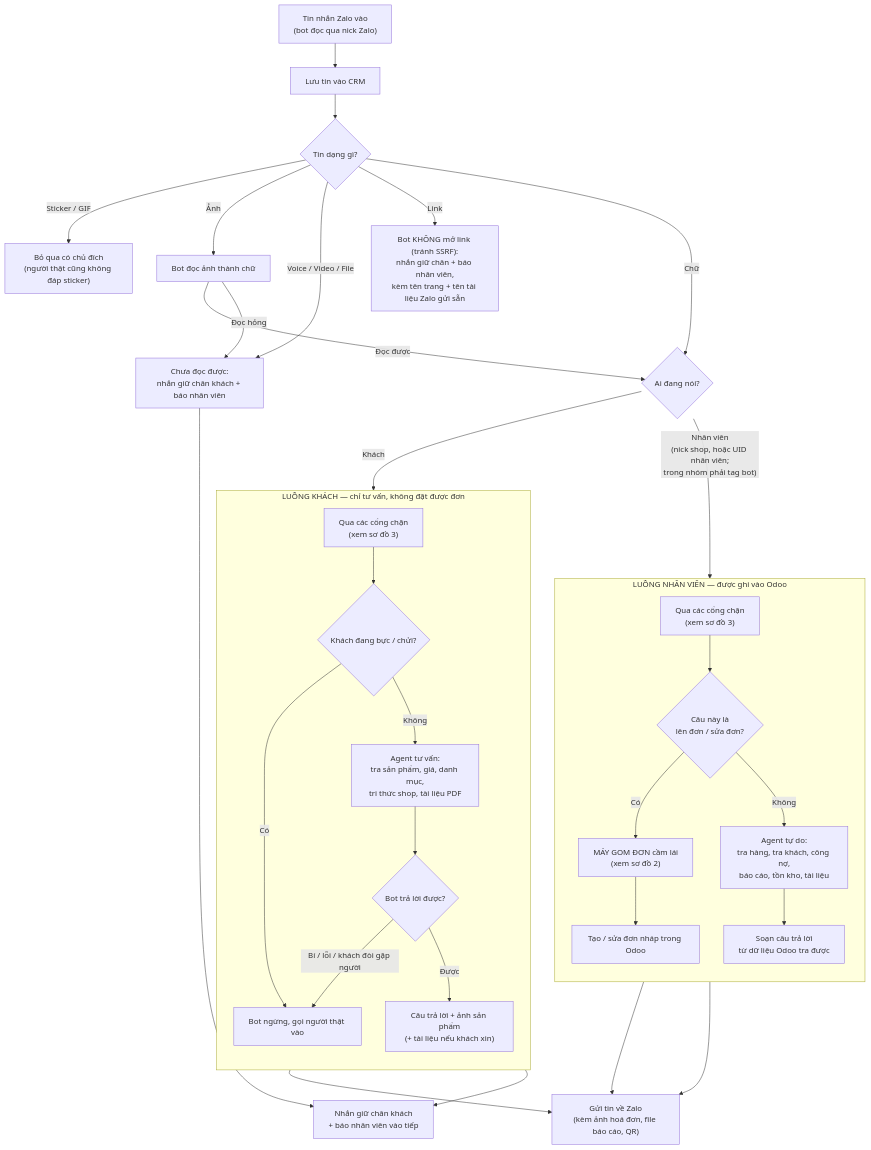
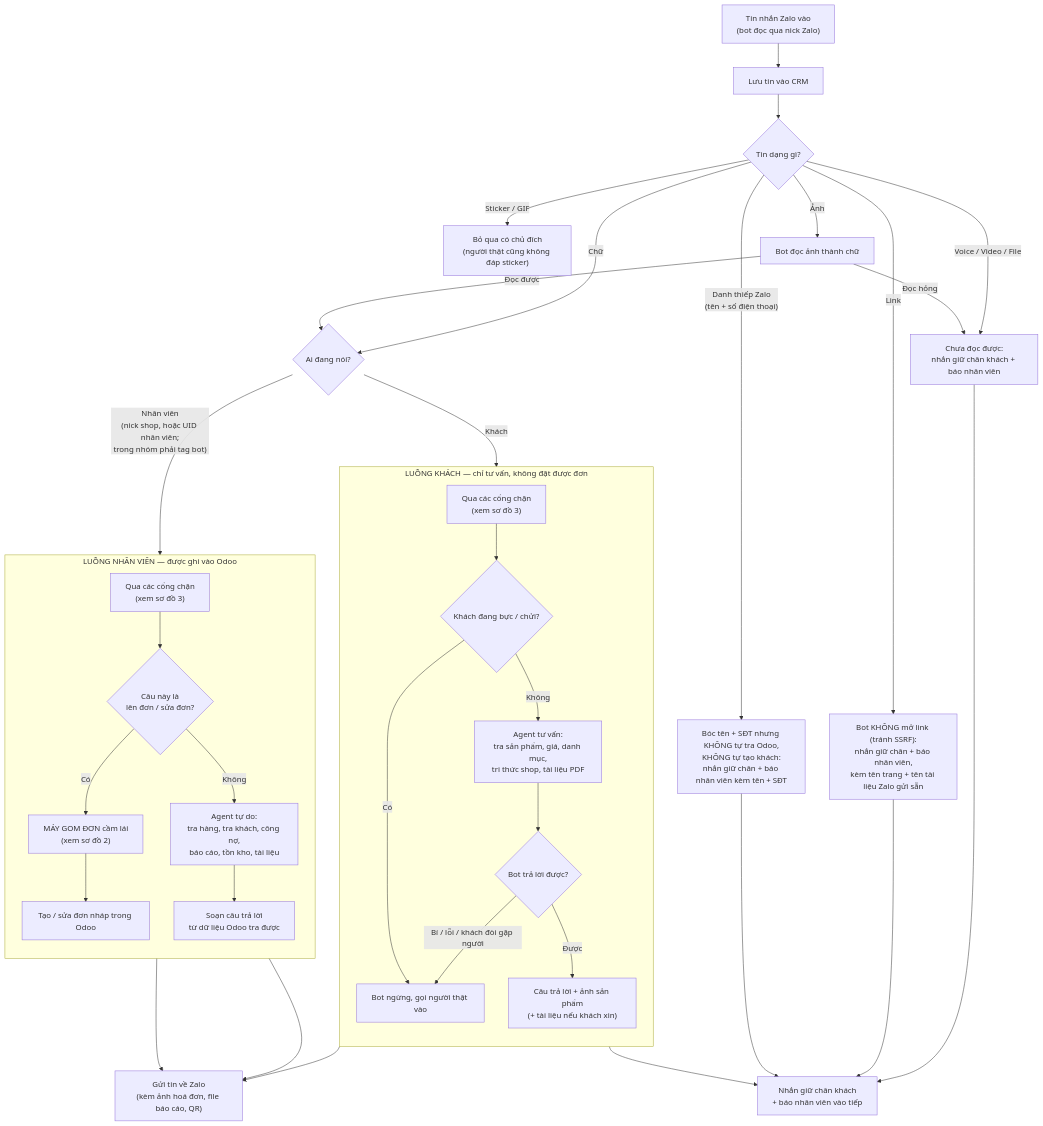
Before and after one commit to Quocker22/ZaloCRM: the first of 7 diagrams in backend/docs/SO-DO-LUONG.md, drawn with Mermaid. The commit also changed other lines of this file and 2 other files, not shown here.

First line of the commit message:
fix(media): bot doc duoc danh thiep Zalo, khong con im lang

````diff
--- a/backend/docs/SO-DO-LUONG.md
+++ b/backend/docs/SO-DO-LUONG.md
@@ -44,45 +44,48 @@
 ```mermaid
 flowchart TD
     A["Tin nhắn Zalo vào<br/>(bot đọc qua nick Zalo)"] --> B["Lưu tin vào CRM"]
     B --> C{"Tin dạng gì?"}
 
     C -->|"Sticker / GIF"| D["Bỏ qua có chủ đích<br/>(người thật cũng không đáp sticker)"]
     C -->|"Ảnh"| E["Bot đọc ảnh thành chữ"]
     C -->|"Voice / Video / File"| F["Chưa đọc được:<br/>nhắn giữ chân khách + báo nhân viên"]
     C -->|"Link"| L["Bot KHÔNG mở link (tránh SSRF):<br/>nhắn giữ chân + báo nhân viên,<br/>kèm tên trang + tên tài liệu Zalo gửi sẵn"]
+    C -->|"Danh thiếp Zalo<br/>(tên + số điện thoại)"| DT["Bóc tên + SĐT nhưng KHÔNG tự tra Odoo,<br/>KHÔNG tự tạo khách:<br/>nhắn giữ chân + báo nhân viên kèm tên + SĐT"]
     C -->|"Chữ"| G
 
     E -->|"Đọc được"| G{"Ai đang nói?"}
     E -->|"Đọc hỏng"| F
 
     G -->|"Nhân viên<br/>(nick shop, hoặc UID nhân viên;<br/>trong nhóm phải tag bot)"| NV1
     G -->|"Khách"| KH1
 
     subgraph NV ["LUỒNG NHÂN VIÊN — được ghi vào Odoo"]
         direction TB
         NV1["Qua các cổng chặn<br/>(xem sơ đồ 3)"] --> NV2{"Câu này là<br/>lên đơn / sửa đơn?"}
         NV2 -->|"Có"| NV3["MÁY GOM ĐƠN cầm lái<br/>(xem sơ đồ 2)"]
         NV2 -->|"Không"| NV4["Agent tự do:<br/>tra hàng, tra khách, công nợ,<br/>báo cáo, tồn kho, tài liệu"]
         NV3 --> NV5["Tạo / sửa đơn nháp trong Odoo"]
         NV4 --> NV6["Soạn câu trả lời<br/>từ dữ liệu Odoo tra được"]
     end
 
     subgraph KH ["LUỒNG KHÁCH — chỉ tư vấn, không đặt được đơn"]
         direction TB
         KH1["Qua các cổng chặn<br/>(xem sơ đồ 3)"] --> KH2{"Khách đang bực / chửi?"}
         KH2 -->|"Có"| KH9["Bot ngừng, gọi người thật vào"]
         KH2 -->|"Không"| KH3["Agent tư vấn:<br/>tra sản phẩm, giá, danh mục,<br/>tri thức shop, tài liệu PDF"]
         KH3 --> KH4{"Bot trả lời được?"}
         KH4 -->|"Được"| KH5["Câu trả lời + ảnh sản phẩm<br/>(+ tài liệu nếu khách xin)"]
         KH4 -->|"Bí / lỗi / khách đòi gặp người"| KH9
     end
 
     NV5 --> Z1
     NV6 --> Z1
     KH5 --> Z1
     KH9 --> Z3
 
     Z1["Gửi tin về Zalo<br/>(kèm ảnh hoá đơn, file báo cáo, QR)"]
     Z3["Nhắn giữ chân khách<br/>+ báo nhân viên vào tiếp"]
     F --> Z3
+    L --> Z3
+    DT --> Z3
 ```
````
